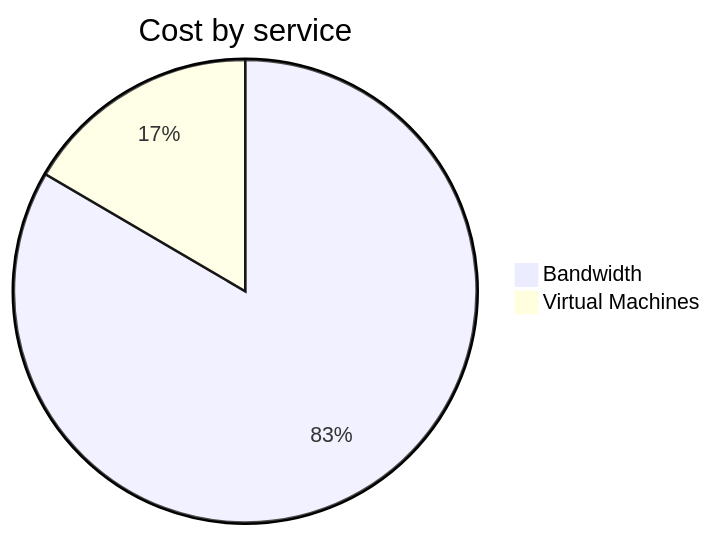
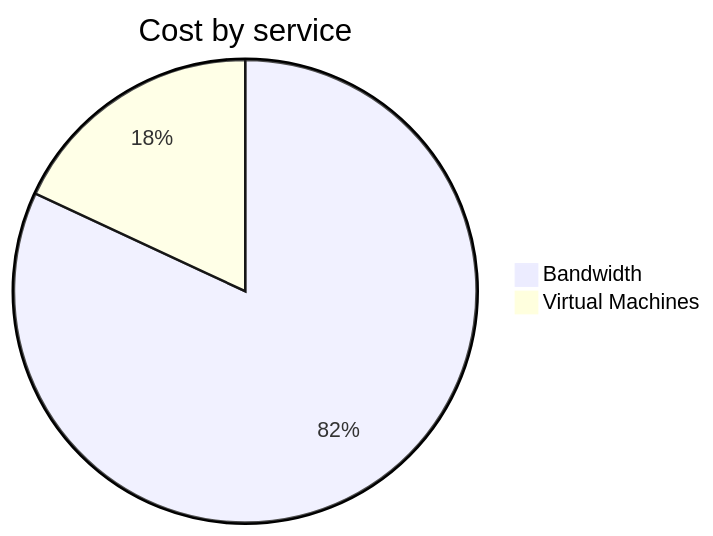
Before and after one commit to jpfulton/azure-personal-reports: the second of 4 diagrams in cost-reports/personal-network/vpn-server.md, drawn with Mermaid. The commit also changed other lines of this file and 8 other files, not shown here.

````diff
--- a/cost-reports/personal-network/vpn-server.md
+++ b/cost-reports/personal-network/vpn-server.md
@@ -92,6 +92,6 @@
 ```mermaid
 pie
    title Cost by service
    "Bandwidth" : 8.16
-   "Virtual Machines" : 1.62
+   "Virtual Machines" : 1.80
 ```
````
